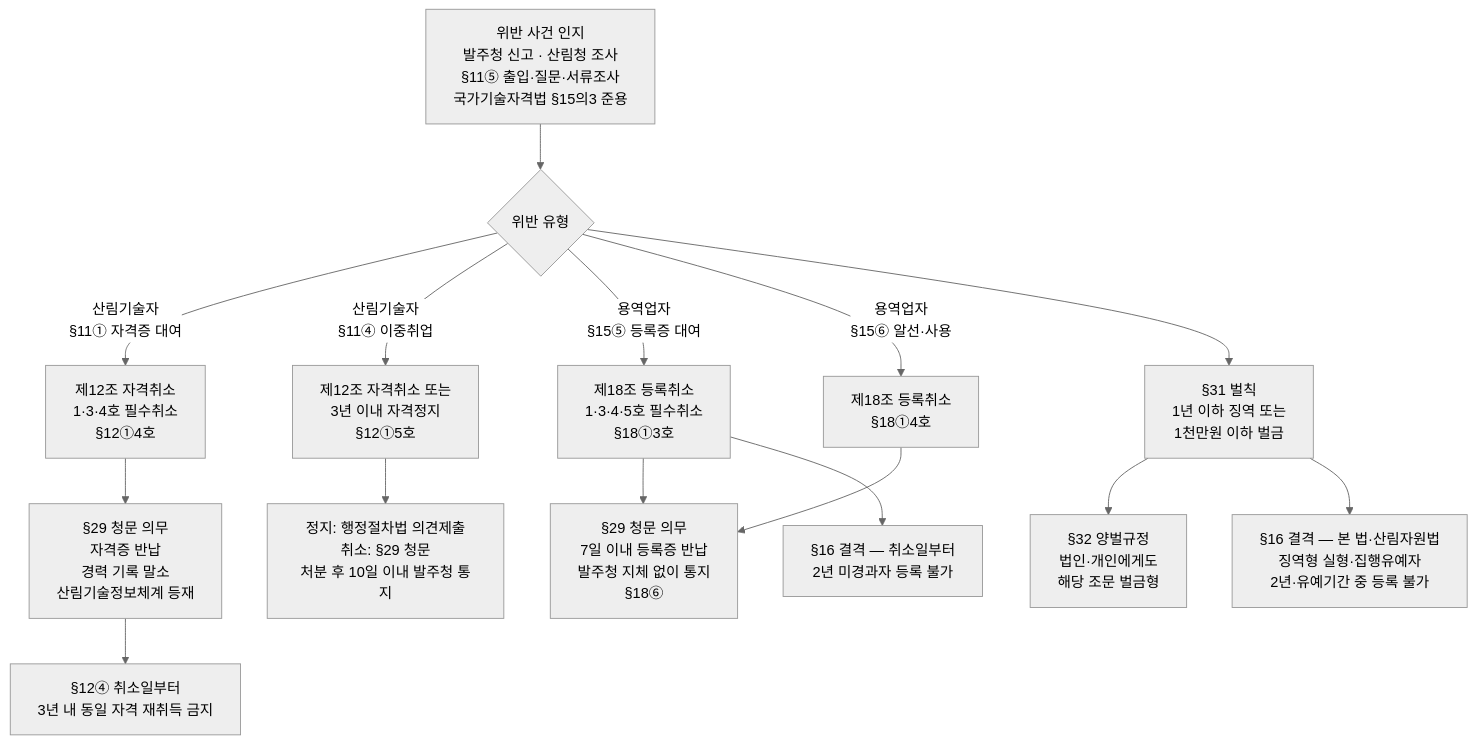
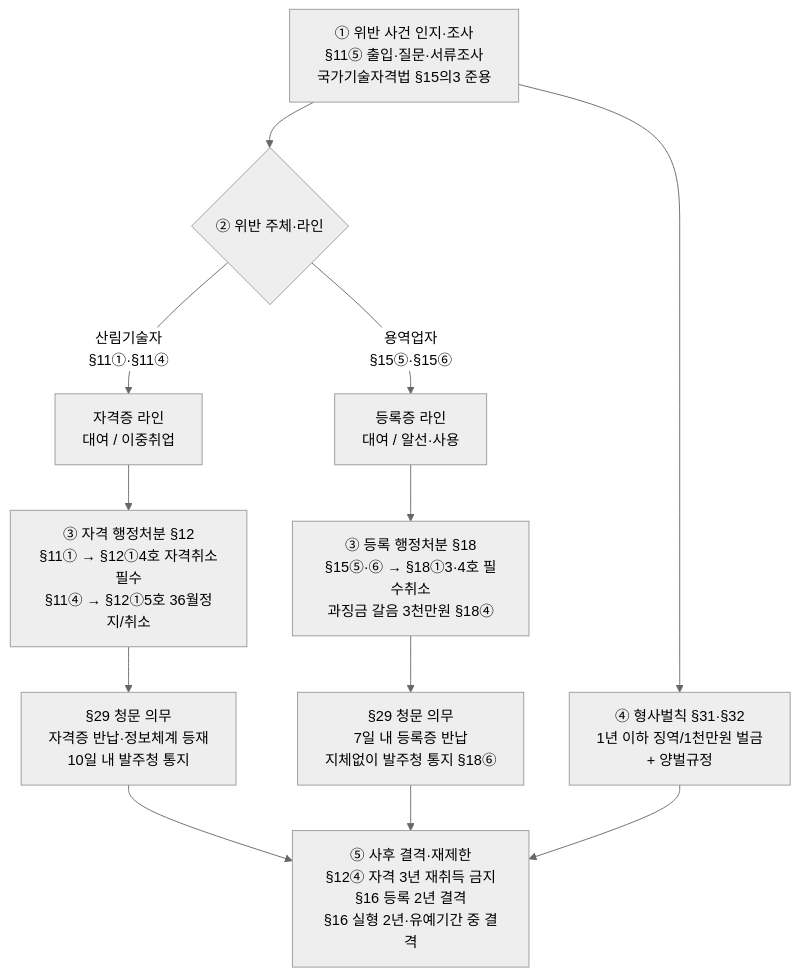
Before and after one commit to chinguli4/FM-WIKI: the first of 2 diagrams in wiki/산림작업/자원조성/산림기술자_자격관리_체계.md, drawn with Mermaid (neutral theme). The commit also changed other lines of this file, not shown here.

First line of the commit message:
fix(자격관리 체계): mermaid 개념도 A4 세로 폭에 맞게 재구성

````diff
--- a/wiki/산림작업/자원조성/산림기술자_자격관리_체계.md
+++ b/wiki/산림작업/자원조성/산림기술자_자격관리_체계.md
@@ -37,21 +37,20 @@
 ```mermaid
 flowchart TD
-    A[위반 사건 인지<br/>발주청 신고 · 산림청 조사<br/>§11⑤ 출입·질문·서류조사<br/>국가기술자격법 §15의3 준용] --> B{위반 유형}
+    A[① 위반 사건 인지·조사<br/>§11⑤ 출입·질문·서류조사<br/>국가기술자격법 §15의3 준용]
+    A --> B{② 위반 주체·라인}
 
-    B -->|산림기술자<br/>§11① 자격증 대여| C1[제12조 자격취소<br/>1·3·4호 필수취소<br/>§12①4호]
-    B -->|산림기술자<br/>§11④ 이중취업| C2[제12조 자격취소 또는<br/>3년 이내 자격정지<br/>§12①5호]
-    B -->|용역업자<br/>§15⑤ 등록증 대여| C3[제18조 등록취소<br/>1·3·4·5호 필수취소<br/>§18①3호]
-    B -->|용역업자<br/>§15⑥ 알선·사용| C4[제18조 등록취소<br/>§18①4호]
+    B -->|산림기술자<br/>§11①·§11④| T1[자격증 라인<br/>대여 / 이중취업]
+    B -->|용역업자<br/>§15⑤·§15⑥| T2[등록증 라인<br/>대여 / 알선·사용]
 
-    C1 --> D1[§29 청문 의무<br/>자격증 반납<br/>경력 기록 말소<br/>산림기술정보체계 등재]
-    C2 --> D1b[정지: 행정절차법 의견제출<br/>취소: §29 청문<br/>처분 후 10일 이내 발주청 통지]
-    C3 --> D2[§29 청문 의무<br/>7일 이내 등록증 반납<br/>발주청 지체 없이 통지<br/>§18⑥]
-    C4 --> D2
+    T1 --> P1[③ 자격 행정처분 §12<br/>§11① → §12①4호 자격취소필수<br/>§11④ → §12①5호 36월정지/취소]
+    T2 --> P2[③ 등록 행정처분 §18<br/>§15⑤·⑥ → §18①3·4호 필수취소<br/>과징금 갈음 3천만원 §18④]
 
-    B --> E[§31 벌칙<br/>1년 이하 징역 또는<br/>1천만원 이하 벌금]
-    E --> F[§32 양벌규정<br/>법인·개인에게도<br/>해당 조문 벌금형]
+    P1 --> Q1[§29 청문 의무<br/>자격증 반납·정보체계 등재<br/>10일 내 발주청 통지]
+    P2 --> Q2[§29 청문 의무<br/>7일 내 등록증 반납<br/>지체없이 발주청 통지 §18⑥]
 
-    D1 --> G1[§12④ 취소일부터<br/>3년 내 동일 자격 재취득 금지]
-    C3 --> G2[§16 결격 — 취소일부터<br/>2년 미경과자 등록 불가]
-    E --> G3[§16 결격 — 본 법·산림자원법<br/>징역형 실형·집행유예자<br/>2년·유예기간 중 등록 불가]
+    A --> R[④ 형사벌칙 §31·§32<br/>1년 이하 징역/1천만원 벌금<br/>+ 양벌규정]
+
+    Q1 --> S[⑤ 사후 결격·재제한<br/>§12④ 자격 3년 재취득 금지<br/>§16 등록 2년 결격<br/>§16 실형 2년·유예기간 중 결격]
+    Q2 --> S
+    R --> S
 ```
````
